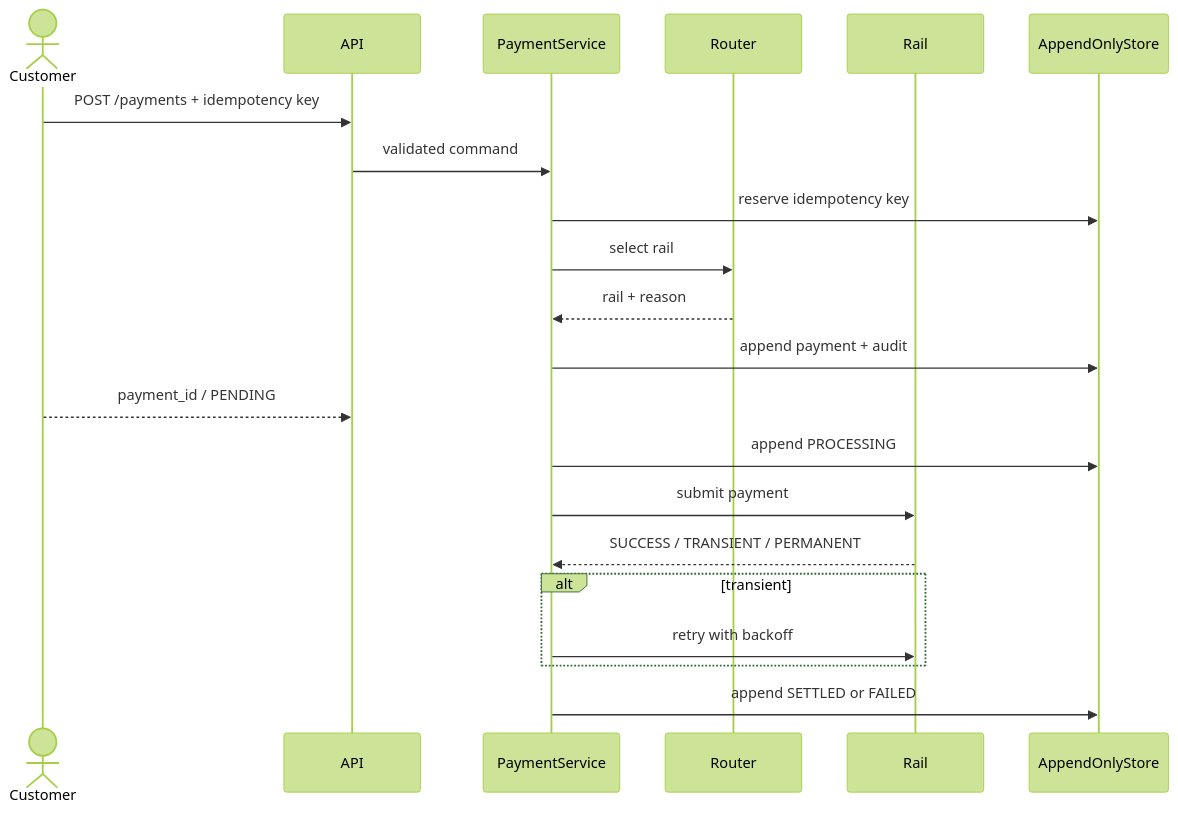
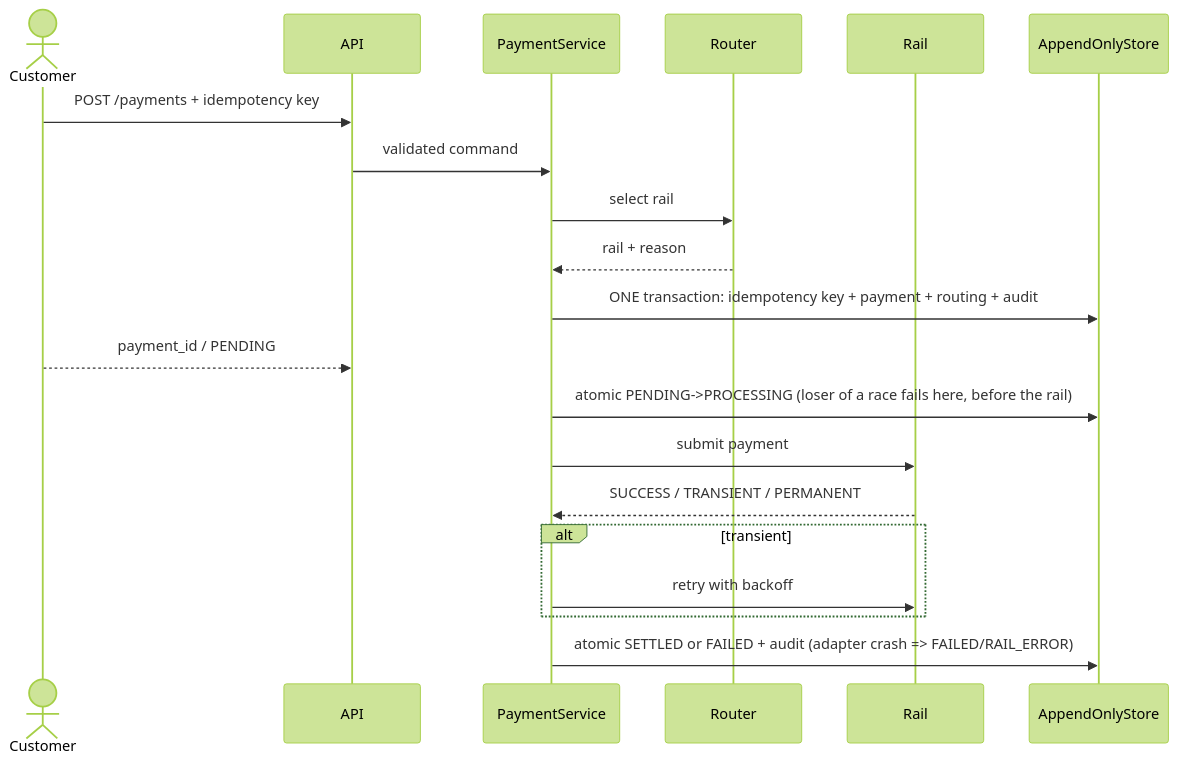
The second of 2 diagrams in docs/architecture.md (Sourishcreddy13/PayBridge), drawn with Mermaid (forest theme) before and after one commit. The commit also changed other lines of this file and 113 other files, not shown here.

````diff
--- a/docs/architecture.md
+++ b/docs/architecture.md
@@ -31,25 +31,24 @@
 ```mermaid
 sequenceDiagram
     actor Customer
     participant API
     participant PaymentService
     participant Router
     participant Rail
     participant Ledger as AppendOnlyStore
 
     Customer->>API: POST /payments + idempotency key
     API->>PaymentService: validated command
-    PaymentService->>Ledger: reserve idempotency key
     PaymentService->>Router: select rail
     Router-->>PaymentService: rail + reason
-    PaymentService->>Ledger: append payment + audit
+    PaymentService->>Ledger: ONE transaction: idempotency key + payment + routing + audit
     Customer-->>API: payment_id / PENDING
 
-    PaymentService->>Ledger: append PROCESSING
+    PaymentService->>Ledger: atomic PENDING->PROCESSING (loser of a race fails here, before the rail)
     PaymentService->>Rail: submit payment
     Rail-->>PaymentService: SUCCESS / TRANSIENT / PERMANENT
     alt transient
         PaymentService->>Rail: retry with backoff
     end
-    PaymentService->>Ledger: append SETTLED or FAILED
+    PaymentService->>Ledger: atomic SETTLED or FAILED + audit (adapter crash => FAILED/RAIL_ERROR)
 ```
````
